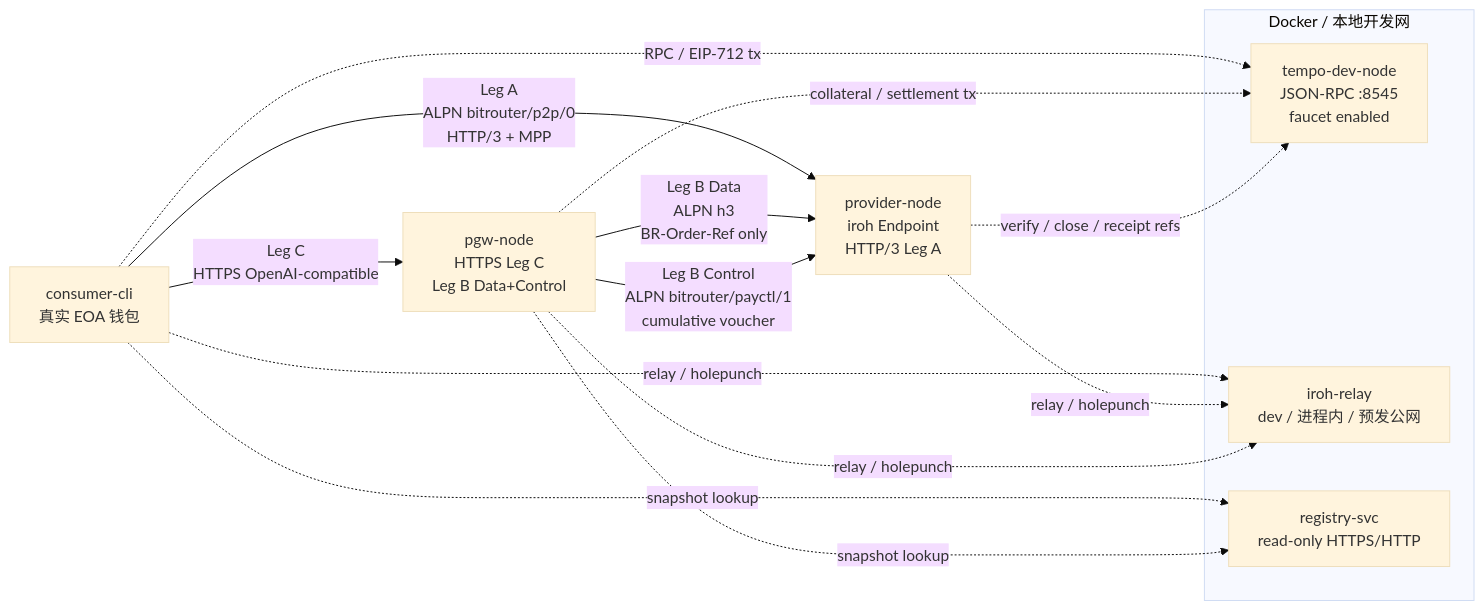
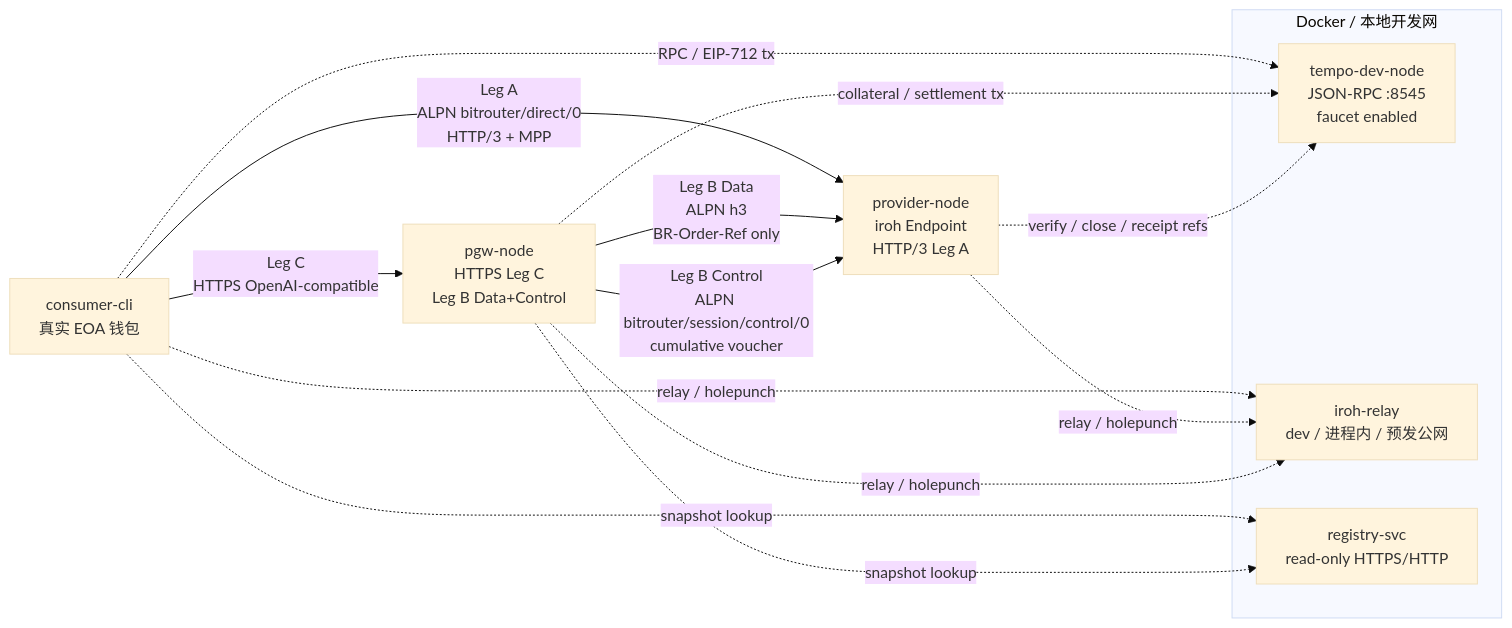
One commit to bitrouter/bitrouter changed the diagram in specs/p2p/007-03-proto-prd-v2.md. Above: the diagram before and after it, drawn with Mermaid (base theme). The commit also changed other lines of this file and 18 other files, not shown here.

````diff
--- a/specs/p2p/007-03-proto-prd-v2.md
+++ b/specs/p2p/007-03-proto-prd-v2.md
@@ -142,26 +142,26 @@
 ```mermaid
 flowchart LR
     subgraph DevNet["Docker / 本地开发网"]
         Tempo["tempo-dev-node<br/>JSON-RPC :8545<br/>faucet enabled"]
         Relay["iroh-relay<br/>dev / 进程内 / 预发公网"]
         Registry["registry-svc<br/>read-only HTTPS/HTTP"]
     end
 
     Consumer["consumer-cli<br/>真实 EOA 钱包"]
     Provider["provider-node<br/>iroh Endpoint<br/>HTTP/3 Leg A"]
     PGW["pgw-node<br/>HTTPS Leg C<br/>Leg B Data+Control"]
 
-    Consumer -- "Leg A<br/>ALPN bitrouter/p2p/0<br/>HTTP/3 + MPP" --> Provider
+    Consumer -- "Leg A<br/>ALPN bitrouter/direct/0<br/>HTTP/3 + MPP" --> Provider
     Consumer -- "Leg C<br/>HTTPS OpenAI-compatible" --> PGW
     PGW -- "Leg B Data<br/>ALPN h3<br/>BR-Order-Ref only" --> Provider
-    PGW -- "Leg B Control<br/>ALPN bitrouter/payctl/1<br/>cumulative voucher" --> Provider
+    PGW -- "Leg B Control<br/>ALPN bitrouter/session/control/0<br/>cumulative voucher" --> Provider
 
     Consumer -. "RPC / EIP-712 tx" .-> Tempo
     PGW -. "collateral / settlement tx" .-> Tempo
     Provider -. "verify / close / receipt refs" .-> Tempo
     Consumer -. "relay / holepunch" .-> Relay
     Provider -. "relay / holepunch" .-> Relay
     PGW -. "relay / holepunch" .-> Relay
     Consumer -. "snapshot lookup" .-> Registry
     PGW -. "snapshot lookup" .-> Registry
 ```
````
